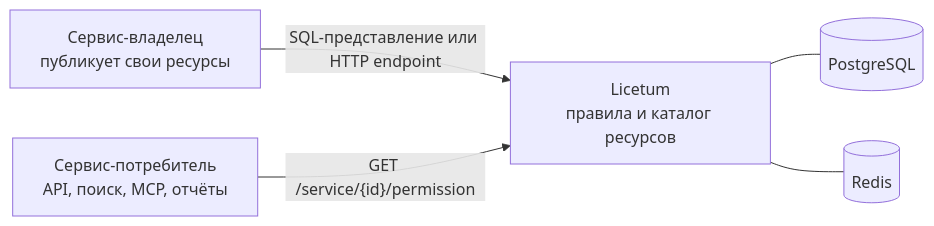
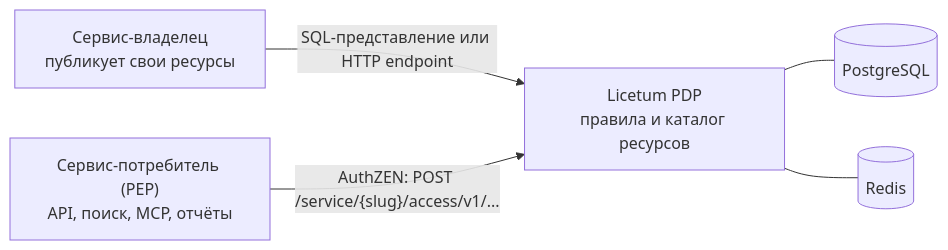
One commit to Licetum/licetum changed the diagram in docs/README.ru.md. Above: the diagram before and after it, drawn with Mermaid. The commit also changed other lines of this file and 143 other files, not shown here.

````diff
--- a/docs/README.ru.md
+++ b/docs/README.ru.md
@@ -36,12 +36,12 @@
 ```mermaid
 flowchart LR
   S["Сервис-владелец<br/>публикует свои ресурсы"]
-  C["Сервис-потребитель<br/>API, поиск, MCP, отчёты"]
-  L["Licetum<br/>правила и каталог ресурсов"]
+  C["Сервис-потребитель (PEP)<br/>API, поиск, MCP, отчёты"]
+  L["Licetum PDP<br/>правила и каталог ресурсов"]
   DB[(PostgreSQL)]
   R[(Redis)]
   S -- "SQL-представление или HTTP endpoint" --> L
-  C -- "GET /service/{id}/permission" --> L
+  C -- "AuthZEN: POST /service/{slug}/access/v1/..." --> L
   L --- DB
   L --- R
 ```
````
